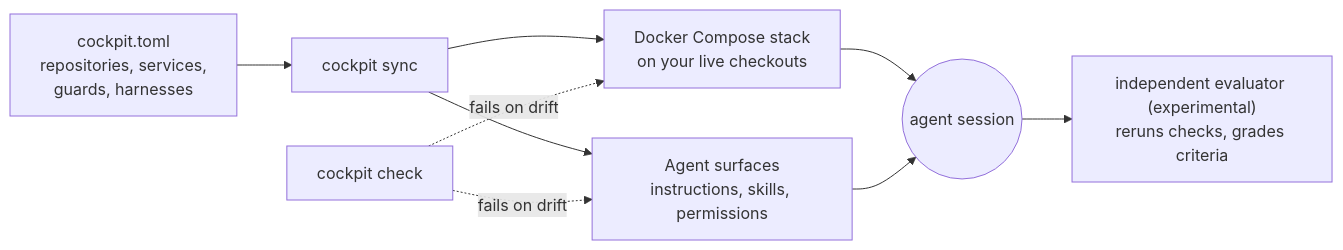
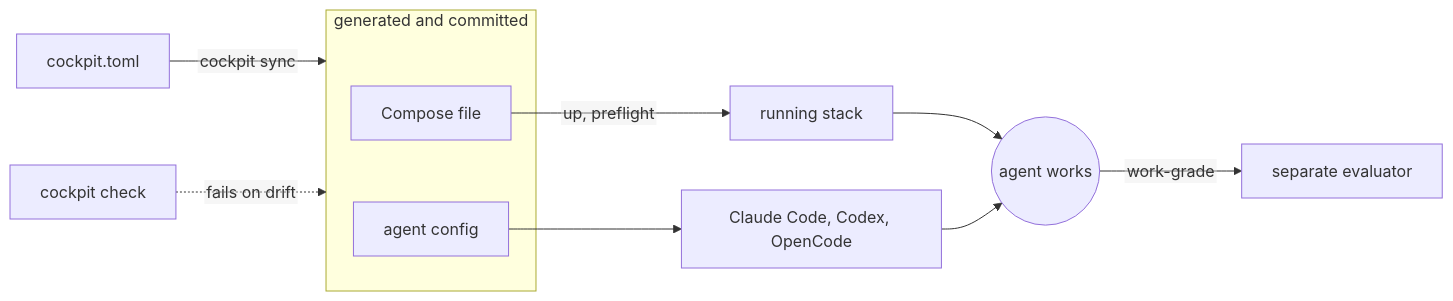
The diagram in README.md (b0dea/cockpit), drawn with Mermaid before and after one commit. The commit also changed other lines of this file and 2 other files, not shown here.

First line of the commit message:
Rewrite the README around what cockpit does and how it works

````diff
--- a/README.md
+++ b/README.md
@@ -43,11 +36,15 @@
 ```mermaid
+%%{init: {"flowchart": {"htmlLabels": false}}}%%
 flowchart LR
-    toml["cockpit.toml<br/>repositories, services,<br/>guards, harnesses"] --> sync["cockpit sync"]
-    sync --> compose["Docker Compose stack<br/>on your live checkouts"]
-    sync --> surfaces["Agent surfaces<br/>instructions, skills, permissions"]
-    compose --> session(("agent session"))
-    surfaces --> session
-    session --> grade["independent evaluator (experimental)<br/>reruns checks, grades criteria"]
-    check["cockpit check"] -. "fails on drift" .-> compose
-    check -. "fails on drift" .-> surfaces
+    toml["cockpit.toml"] -- "cockpit sync" --> files
+    subgraph files["generated and committed"]
+        compose["Compose file"]
+        agents["agent config"]
+    end
+    check["cockpit check"] -. "fails on drift" .-> files
+    compose -- "up, preflight" --> stack["running stack"]
+    agents --> tools["Claude Code, Codex, OpenCode"]
+    stack --> work(("agent works"))
+    tools --> work
+    work -- "work-grade" --> grade["separate evaluator"]
 ```
````
